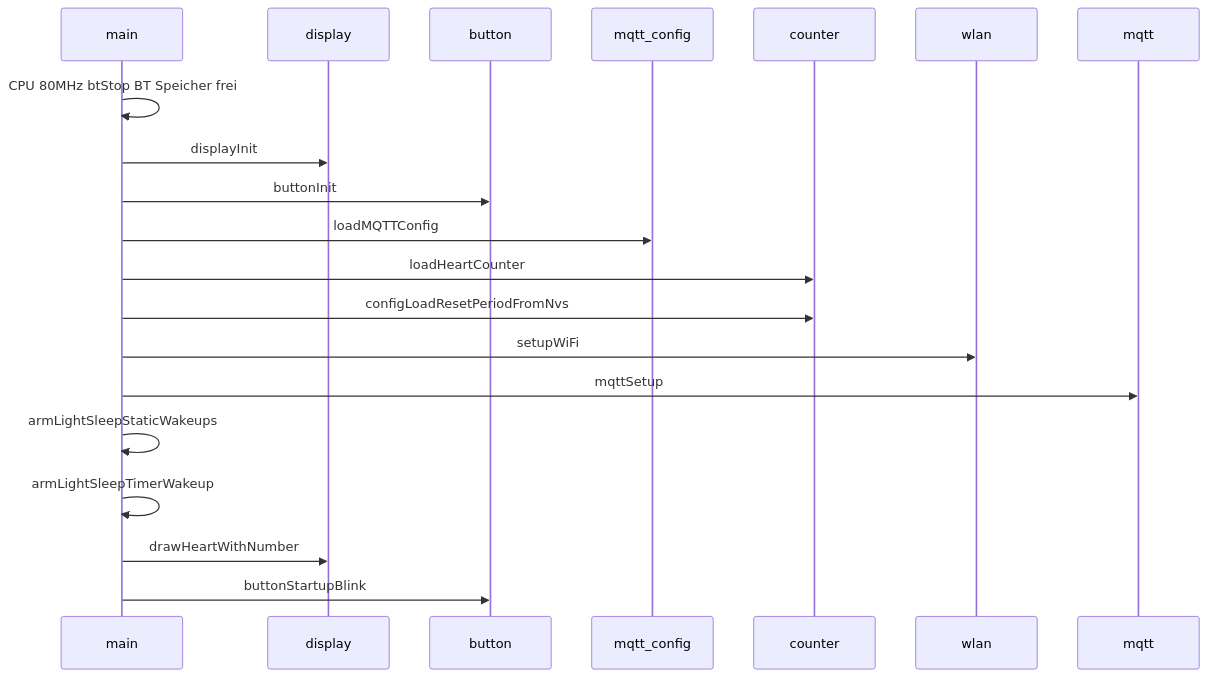
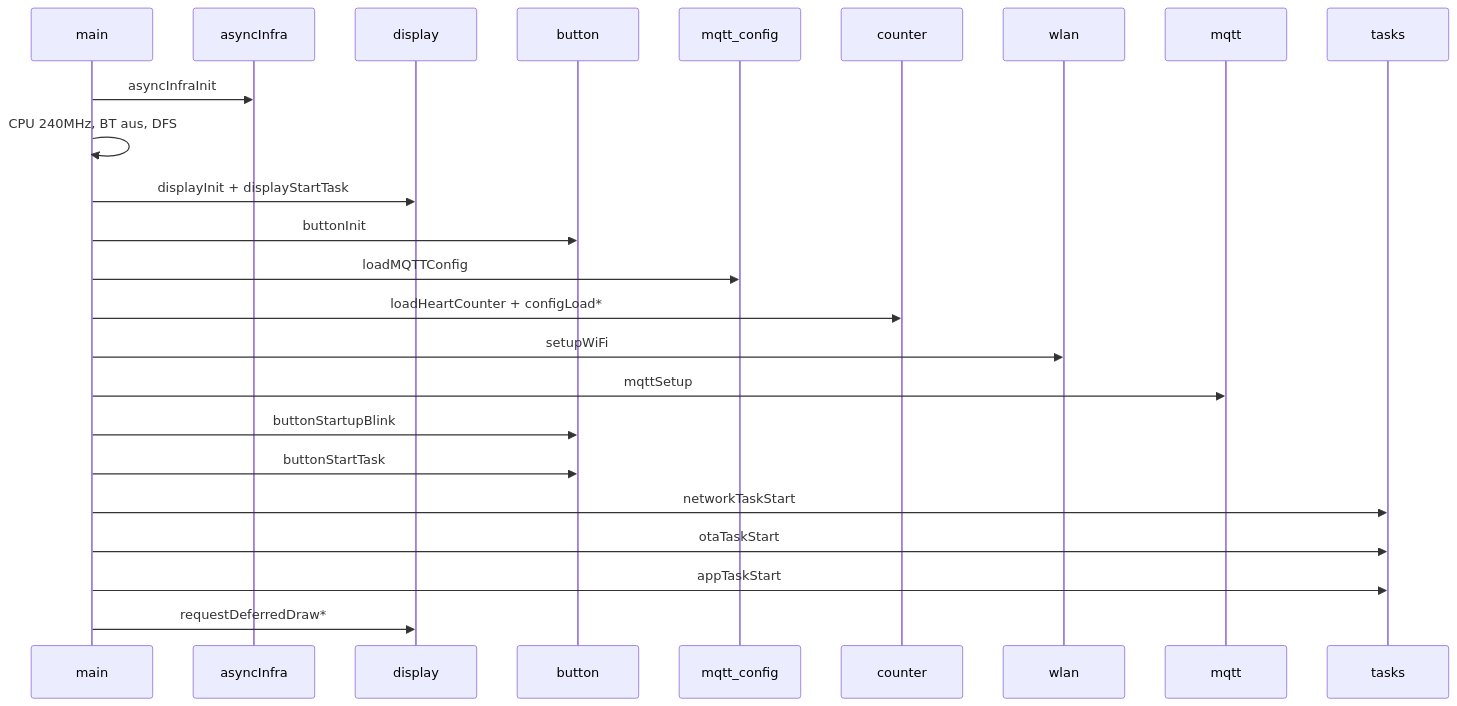
One commit to EyJunge1/chaya2mqtt changed the second of 3 diagrams in docs/ARCHITECTURE.md. Above: the diagram before and after it, drawn with Mermaid. The commit also changed other lines of this file and 10 other files, not shown here.

````diff
--- a/docs/ARCHITECTURE.md
+++ b/docs/ARCHITECTURE.md
@@ -96,23 +105,27 @@
 ```mermaid
 sequenceDiagram
     participant M as main
+    participant A as asyncInfra
     participant D as display
     participant B as button
     participant C as mqtt_config
     participant N as counter
     participant W as wlan
     participant Q as mqtt
+    participant T as tasks
 
-    M->>M: CPU 80MHz btStop BT Speicher frei
-    M->>D: displayInit
+    M->>A: asyncInfraInit
+    M->>M: CPU 240MHz, BT aus, DFS
+    M->>D: displayInit + displayStartTask
     M->>B: buttonInit
     M->>C: loadMQTTConfig
-    M->>N: loadHeartCounter
-    M->>N: configLoadResetPeriodFromNvs
+    M->>N: loadHeartCounter + configLoad*
     M->>W: setupWiFi
     M->>Q: mqttSetup
-    M->>M: armLightSleepStaticWakeups
-    M->>M: armLightSleepTimerWakeup
-    M->>D: drawHeartWithNumber
     M->>B: buttonStartupBlink
+    M->>B: buttonStartTask
+    M->>T: networkTaskStart
+    M->>T: otaTaskStart
+    M->>T: appTaskStart
+    M->>D: requestDeferredDraw*
 ```
````
